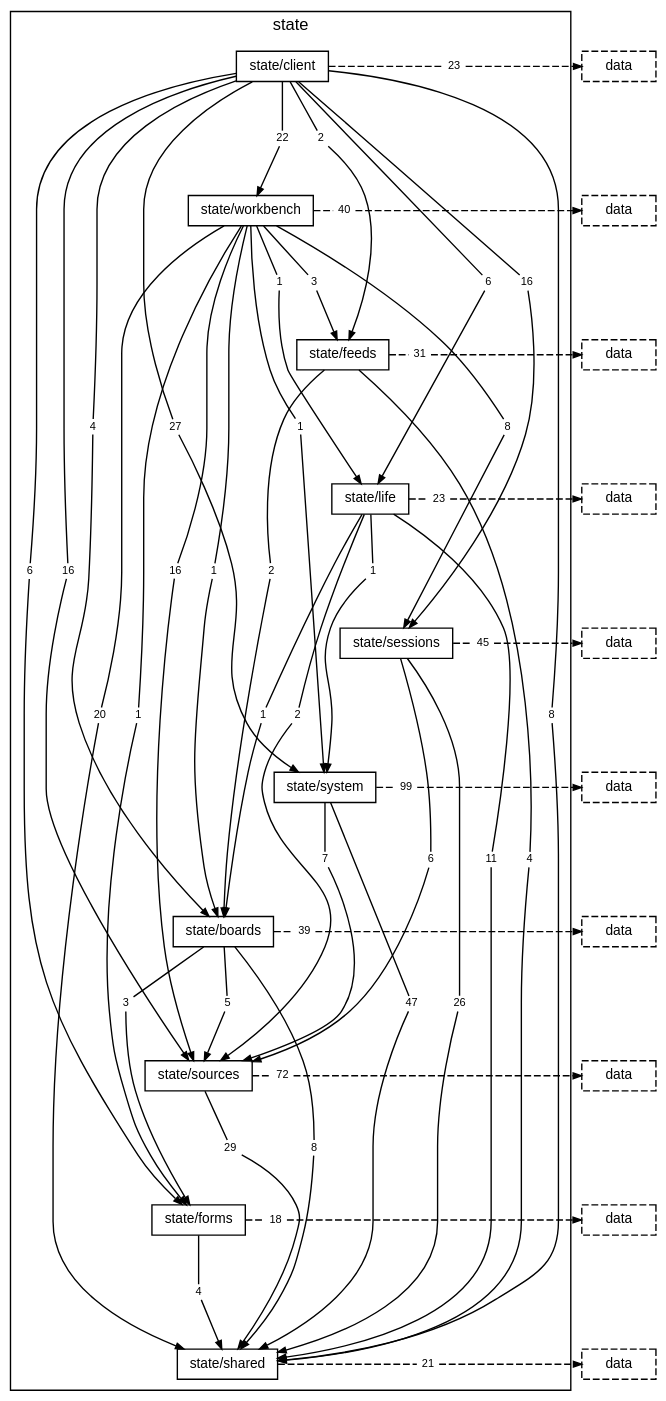
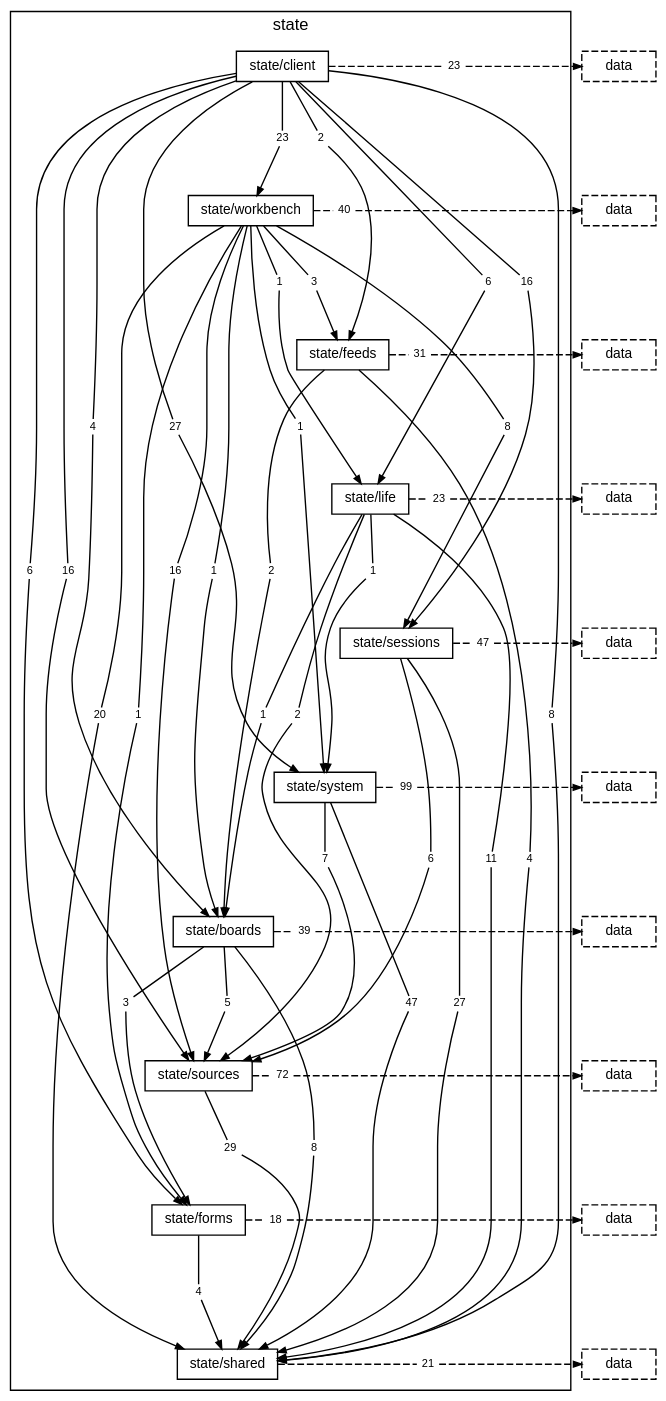
Before and after one commit to TheAxeC/oculus: the diagram in docs/diagrams/layer-state.dot, drawn with Graphviz. The commit also changed 193 other files, not shown here.

```diff
--- a/docs/diagrams/layer-state.dot
+++ b/docs/diagrams/layer-state.dot
@@ -22,7 +22,7 @@
         "folder state/client to folder state/shared" [label="8", shape=box, color="transparent", fontsize=8, width=0, height=0, margin="0.04,0.02"];
         "folder state/client to folder state/sources" [label="16", shape=box, color="transparent", fontsize=8, width=0, height=0, margin="0.04,0.02"];
         "folder state/client to folder state/system" [label="27", shape=box, color="transparent", fontsize=8, width=0, height=0, margin="0.04,0.02"];
-        "folder state/client to folder state/workbench" [label="22", shape=box, color="transparent", fontsize=8, width=0, height=0, margin="0.04,0.02"];
+        "folder state/client to folder state/workbench" [label="23", shape=box, color="transparent", fontsize=8, width=0, height=0, margin="0.04,0.02"];
         "folder state/client to layer data" [label="23", shape=box, color="transparent", fontsize=8, width=0, height=0, margin="0.04,0.02"];
         "folder state/workbench to folder state/boards" [label="1", shape=box, color="transparent", fontsize=8, width=0, height=0, margin="0.04,0.02"];
         "folder state/workbench to folder state/feeds" [label="3", shape=box, color="transparent", fontsize=8, width=0, height=0, margin="0.04,0.02"];
@@ -41,9 +41,9 @@
         "folder state/life to folder state/sources" [label="2", shape=box, color="transparent", fontsize=8, width=0, height=0, margin="0.04,0.02"];
         "folder state/life to folder state/system" [label="1", shape=box, color="transparent", fontsize=8, width=0, height=0, margin="0.04,0.02"];
         "folder state/life to layer data" [label="23", shape=box, color="transparent", fontsize=8, width=0, height=0, margin="0.04,0.02"];
-        "folder state/sessions to folder state/shared" [label="26", shape=box, color="transparent", fontsize=8, width=0, height=0, margin="0.04,0.02"];
+        "folder state/sessions to folder state/shared" [label="27", shape=box, color="transparent", fontsize=8, width=0, height=0, margin="0.04,0.02"];
         "folder state/sessions to folder state/sources" [label="6", shape=box, color="transparent", fontsize=8, width=0, height=0, margin="0.04,0.02"];
-        "folder state/sessions to layer data" [label="45", shape=box, color="transparent", fontsize=8, width=0, height=0, margin="0.04,0.02"];
+        "folder state/sessions to layer data" [label="47", shape=box, color="transparent", fontsize=8, width=0, height=0, margin="0.04,0.02"];
         "folder state/system to folder state/shared" [label="47", shape=box, color="transparent", fontsize=8, width=0, height=0, margin="0.04,0.02"];
         "folder state/system to folder state/sources" [label="7", shape=box, color="transparent", fontsize=8, width=0, height=0, margin="0.04,0.02"];
         "folder state/system to layer data" [label="99", shape=box, color="transparent", fontsize=8, width=0, height=0, margin="0.04,0.02"];
```
